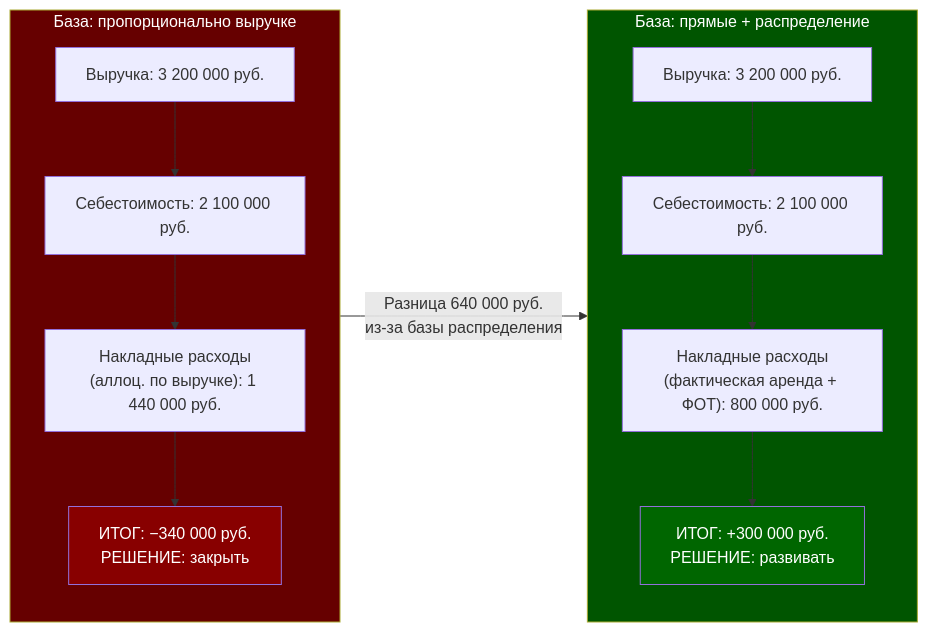
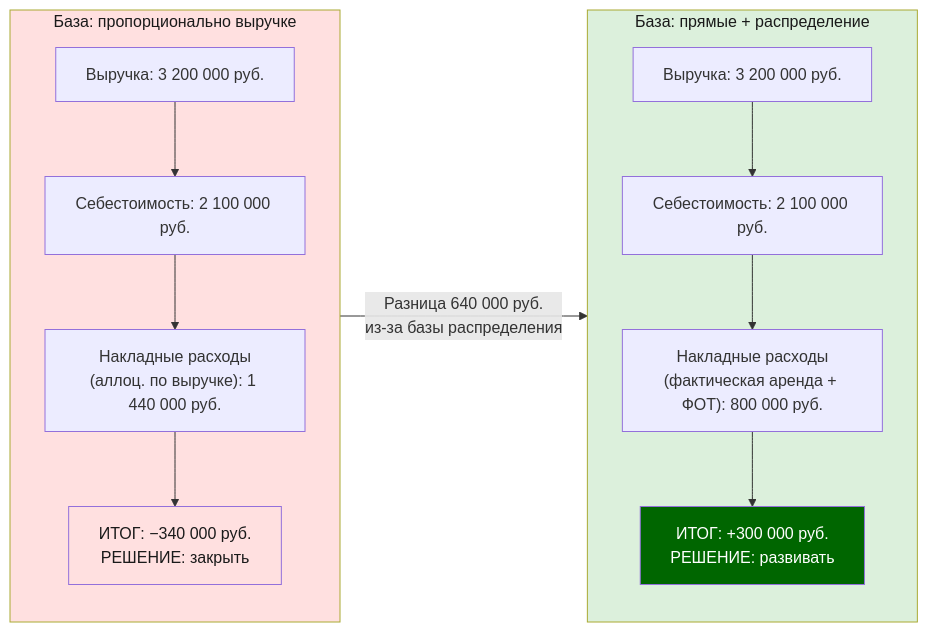
Before and after one commit to murad1986/1c-erp-quartz: the fifth of 5 diagrams in content/1c-erp/week_1/Неделя 1 - День 5 - Отчётность и аналитика.md, drawn with Mermaid. The commit also changed other lines of this file and 57 other files, not shown here.

First line of the commit message:
fix: Mermaid — пастельные цвета в источниках диаграмм (56 файлов)

````diff
--- a/content/1c-erp/week_1/Неделя 1 - День 5 - Отчётность и аналитика.md
+++ b/content/1c-erp/week_1/Неделя 1 - День 5 - Отчётность и аналитика.md
@@ -502,25 +502,25 @@
 ```mermaid
 flowchart LR
     subgraph WRONG["База: пропорционально выручке"]
         direction TB
         W1["Выручка: 3 200 000 руб."]
         W2["Себестоимость: 2 100 000 руб."]
         W3["Накладные расходы<br/>(аллоц. по выручке): 1 440 000 руб."]
         W4["ИТОГ: −340 000 руб.<br/>РЕШЕНИЕ: закрыть"]
         W1 --> W2 --> W3 --> W4
     end
     subgraph RIGHT["База: прямые + распределение"]
         direction TB
         R1["Выручка: 3 200 000 руб."]
         R2["Себестоимость: 2 100 000 руб."]
         R3["Накладные расходы<br/>(фактическая аренда + ФОТ): 800 000 руб."]
         R4["ИТОГ: +300 000 руб.<br/>РЕШЕНИЕ: развивать"]
         R1 --> R2 --> R3 --> R4
     end
     WRONG -->|"Разница 640 000 руб.<br/>из-за базы распределения"| RIGHT
 
-    style WRONG fill:#660000,color:#fff
-    style RIGHT fill:#005500,color:#fff
-    style W4 fill:#880000,color:#fff
+    style WRONG fill:#ffe0e0,color:#1a1a1a
+    style RIGHT fill:#dcf0dc,color:#1a1a1a
+    style W4 fill:#ffe0e0,color:#1a1a1a
     style R4 fill:#006600,color:#fff
 ```
````
